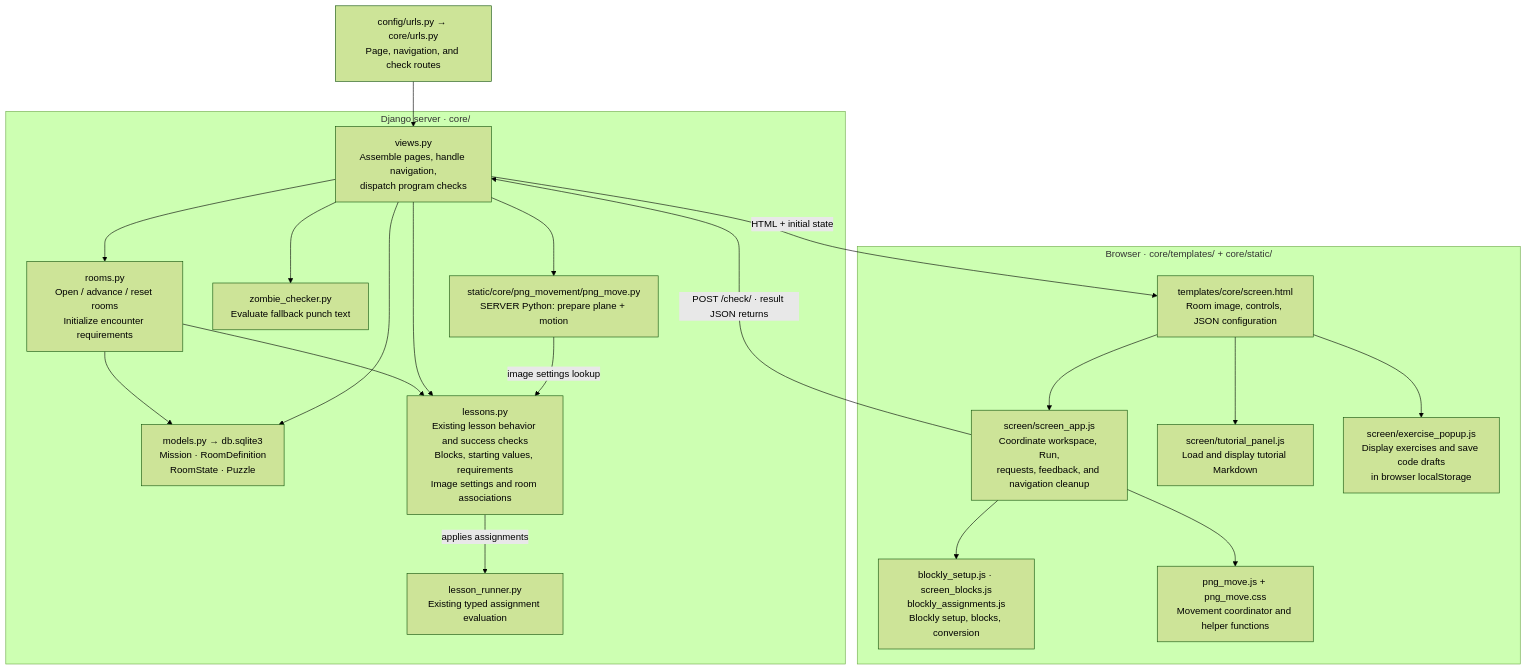
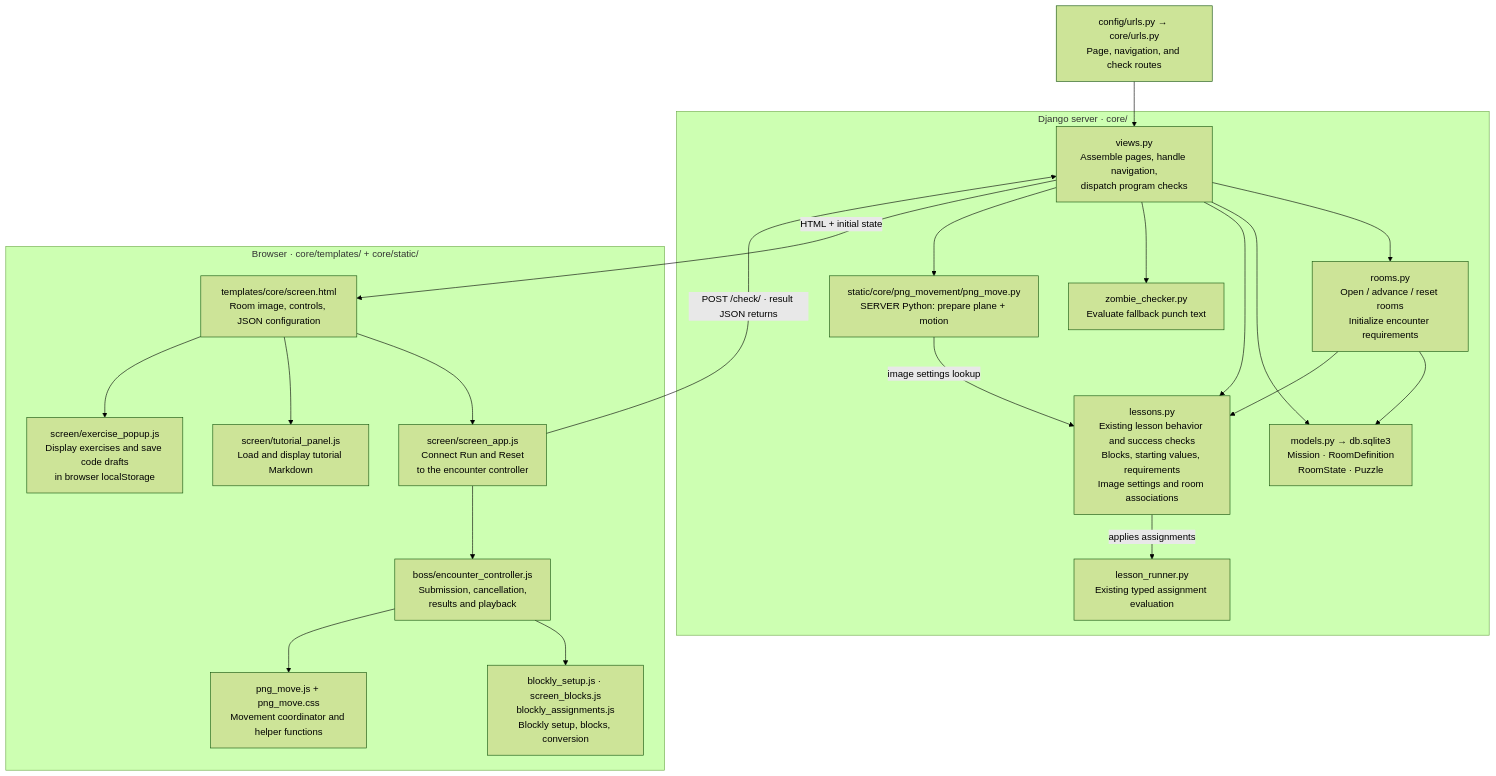
One commit to UCCS-CS4300-5300/group3-fall2026 changed the first of 3 diagrams in project/docs/architecture.md. Above: the diagram before and after it, drawn with Mermaid (forest theme). The commit also changed other lines of this file and 31 other files, not shown here.

Commit message:
Implemented conditional boss execution. Enacted a shared encounter architecture for blockly and bosses

````diff
--- a/project/docs/architecture.md
+++ b/project/docs/architecture.md
@@ -9,41 +22,43 @@
 ```mermaid
 flowchart TB
     URL["config/urls.py → core/urls.py<br/>Page, navigation, and check routes"]
 
     subgraph SERVER["Django server · core/"]
         VIEW["views.py<br/>Assemble pages, handle navigation,<br/>dispatch program checks"]
         ROOM["rooms.py<br/>Open / advance / reset rooms<br/>Initialize encounter requirements"]
         MODEL["models.py → db.sqlite3<br/>Mission · RoomDefinition<br/>RoomState · Puzzle"]
         LESSON["lessons.py<br/>Existing lesson behavior and success checks<br/>Blocks, starting values, requirements<br/>Image settings and room associations"]
         RUNNER["lesson_runner.py<br/>Existing typed assignment evaluation"]
         PUNCH["zombie_checker.py<br/>Evaluate fallback punch text"]
         PLANE["static/core/png_movement/png_move.py<br/>SERVER Python: prepare plane + motion"]
     end
 
     subgraph CLIENT["Browser · core/templates/ + core/static/"]
         PAGE["templates/core/screen.html<br/>Room image, controls, JSON configuration"]
-        APP["screen/screen_app.js<br/>Coordinate workspace, Run,<br/>requests, feedback, and navigation cleanup"]
+        APP["screen/screen_app.js<br/>Connect Run and Reset<br/>to the encounter controller"]
+        CTRL["boss/encounter_controller.js<br/>Submission, cancellation,<br/>results and playback"]
         BLOCK["blockly_setup.js · screen_blocks.js<br/>blockly_assignments.js<br/>Blockly setup, blocks, conversion"]
         MOVE["png_move.js + png_move.css<br/>Movement coordinator and helper functions"]
         TUTORIAL["screen/tutorial_panel.js<br/>Load and display tutorial Markdown"]
         EXERCISE["screen/exercise_popup.js<br/>Display exercises and save code drafts<br/>in browser localStorage"]
     end
 
     URL --> VIEW
     VIEW --> ROOM
     ROOM --> MODEL
     ROOM --> LESSON
     VIEW --> MODEL
     VIEW --> LESSON
     LESSON -->|"applies assignments"| RUNNER
     VIEW --> PUNCH
     VIEW --> PLANE
     PLANE -->|"image settings lookup"| LESSON
     VIEW -->|"HTML + initial state"| PAGE
     PAGE --> APP
     PAGE --> TUTORIAL
     PAGE --> EXERCISE
-    APP --> BLOCK
-    APP --> MOVE
+    APP --> CTRL
+    CTRL --> BLOCK
+    CTRL --> MOVE
     APP -->|"POST /check/ · result JSON returns"| VIEW
 ```
````
